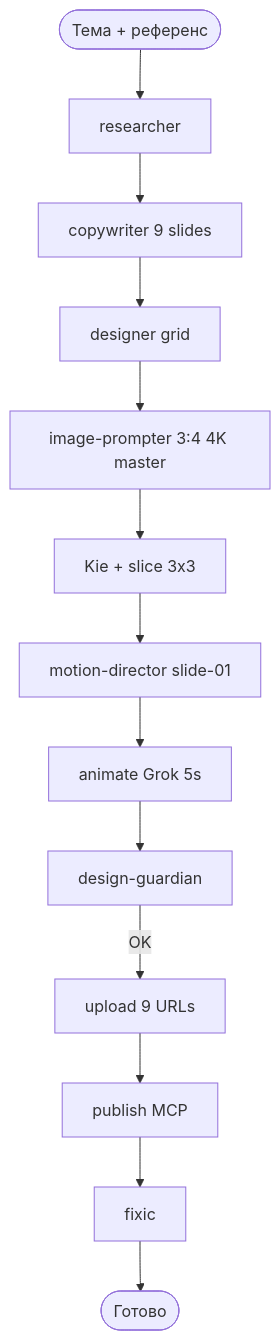
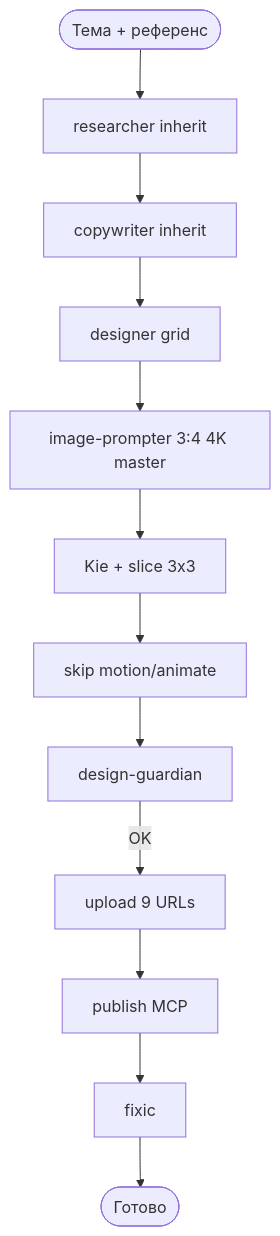
The diagram in AGENT-PIPELINE.md (xvolodyax/Karuselka), drawn with Mermaid before and after one commit. The commit also changed other lines of this file and 23 other files, not shown here.

````diff
--- a/AGENT-PIPELINE.md
+++ b/AGENT-PIPELINE.md
@@ -3,15 +5,14 @@
 ```mermaid
 flowchart TD
-    Start([Тема + референс]) --> Res[researcher]
-    Res --> Copy[copywriter 9 slides]
+    Start([Тема + референс]) --> Res[researcher inherit]
+    Res --> Copy[copywriter inherit]
     Copy --> Design[designer grid]
     Design --> Prompt[image-prompter 3:4 4K master]
     Prompt --> Slice[Kie + slice 3x3]
-    Slice --> Motion[motion-director slide-01]
-    Motion --> Anim[animate Grok 5s]
-    Anim --> QA[design-guardian]
+    Slice --> Skip[skip motion/animate]
+    Skip --> QA[design-guardian]
     QA -->|OK| Upload[upload 9 URLs]
     Upload --> Pub[publish MCP]
     Pub --> Fixic[fixic]
     Fixic --> Done([Готово])
 ```
````
